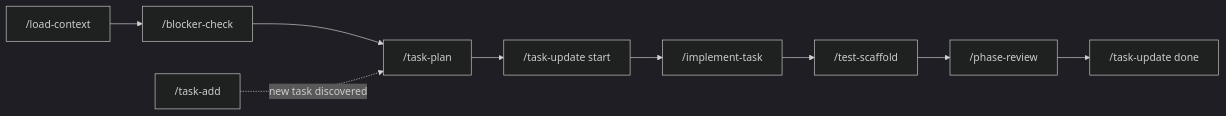
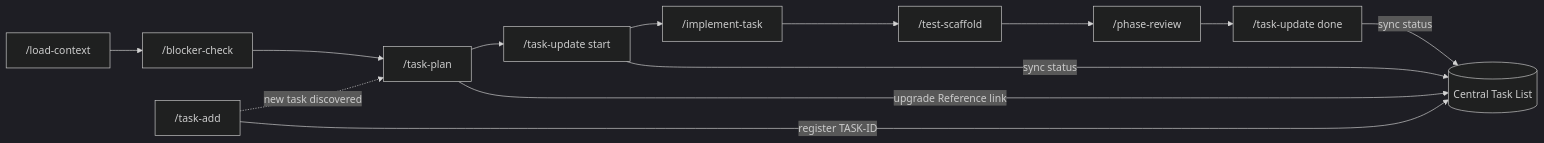
Before and after one commit to DragonChong/HA-Notes: the diagram in Workflow Optimization/Agent Skills Reference.md, drawn with Mermaid (dark theme). The commit also changed other lines of this file, not shown here.

````diff
--- a/Workflow Optimization/Agent Skills Reference.md
+++ b/Workflow Optimization/Agent Skills Reference.md
@@ -205,12 +223,18 @@
 ```mermaid
 graph LR
     LC["/load-context"] --> BC["/blocker-check"]
     BC --> TP["/task-plan"]
     TP --> TUS["/task-update start"]
     TUS --> IT["/implement-task"]
     IT --> TS["/test-scaffold"]
     TS --> PR["/phase-review"]
     PR --> TUD["/task-update done"]
 
     TA["/task-add"] -.->|"new task discovered"| TP
+
+    CTL[(Central Task List)]
+    TA -->|"register TASK-ID"| CTL
+    TP -->|"upgrade Reference link"| CTL
+    TUS -->|"sync status"| CTL
+    TUD -->|"sync status"| CTL
 ```
````
